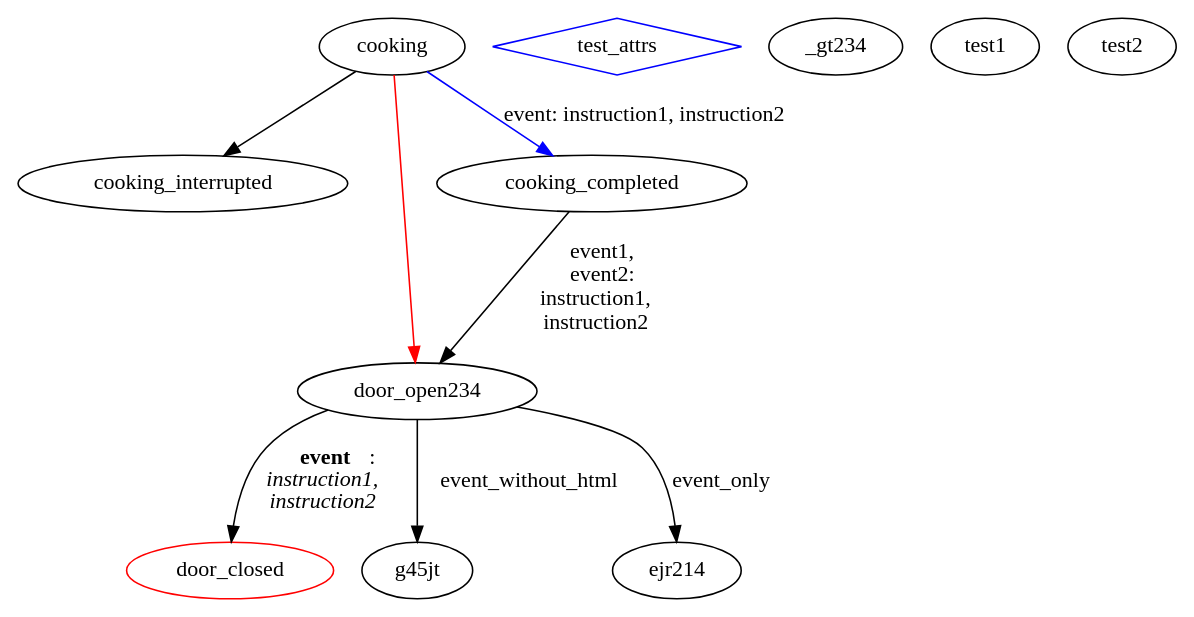
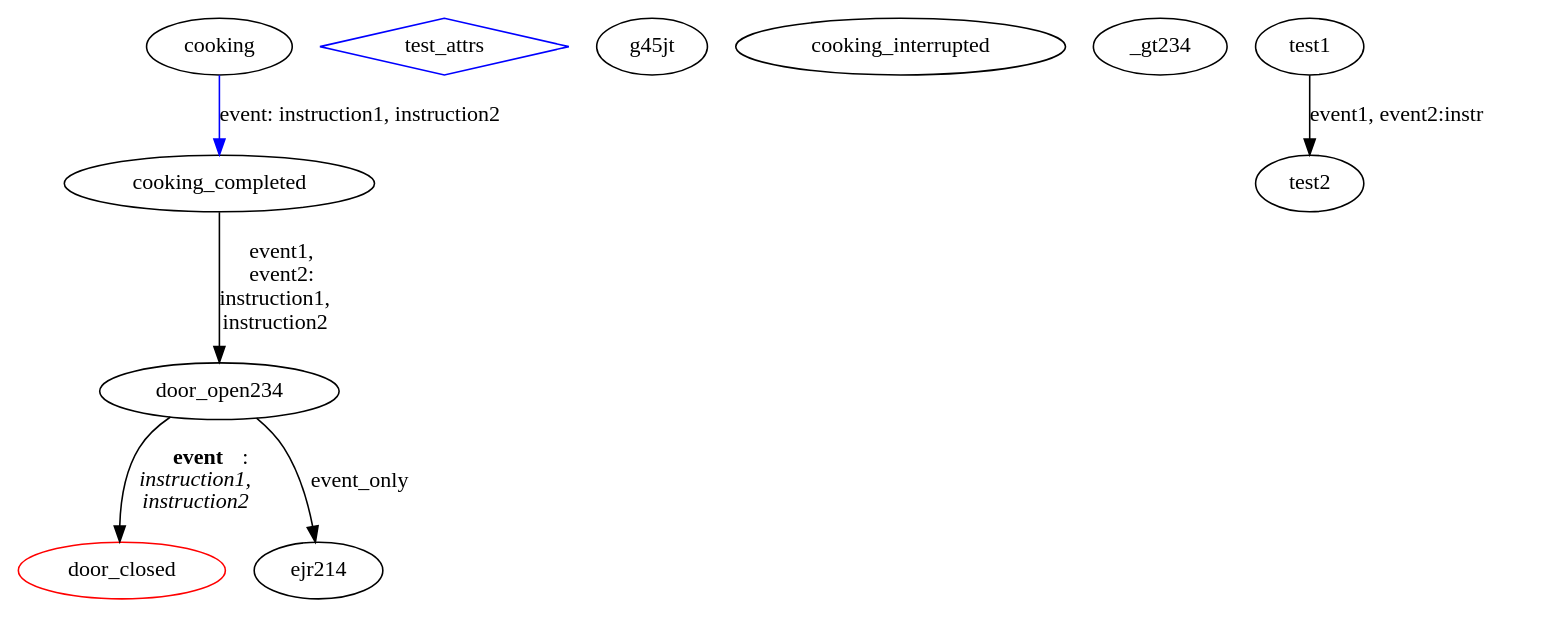
Before and after one commit to SipakovV/fsm-code-generator: the diagram in finite_automata/sandbox/sample.dot, drawn with Graphviz. The commit also changed 1 other file, not shown here.

Commit message:
Added separate rules for node attrs and edge attrs. Label attr is now mandatory on edges (first position only).

```diff
--- a/finite_automata/sandbox/sample.dot
+++ b/finite_automata/sandbox/sample.dot
@@ -1,31 +1,31 @@
 /* slkejrse 345 */
 //44454345
 digraph microwave_fsm {
 	door_closed [color=red]
 	test_attrs [color=blue, shape=diamond]
 	g45jt
 	// 3498573 ^$%* oppa
 	/* 435 */
 	ejr214
 	cooking
 	cooking_interrupted
 	door_open234
 	cooking_completed
 	_gt234
 
 	test1
 	test2
 
-	cooking->cooking_interrupted
-	cooking->door_open234 [color=red]
+	//cooking->cooking_interrupted - invalid: no attrs
+	//cooking->door_open234 [color=red] - invalid: no label attr
 	cooking->cooking_completed [label=<event: instruction1, instruction2>, color=blue]
 	door_open234 ->door_closed [label=<<b>event</b>:<i><br/>instruction1,<br/>instruction2</i>>]
 	door_open234->ejr214 [label=<event_only>]
-	door_open234->g45jt [label=event_without_html]
+	//door_open234->g45jt [label=event_without_html] - invalid: no <> brbh
 
 	cooking_completed->door_open234 [label=<event1,<br/>event2:<br/>instruction1,<br/>instruction2>]
 
-	//test1->test2 [label=<invalid:>]
-	//test1->test2 [label=<invalid1, invalid2:instr>]
+	//test1->test2 [label=<event1:>] - invalid: ':' without instructions
+	test1->test2 [label=<event1, event2:instr>]
 
 }
```
